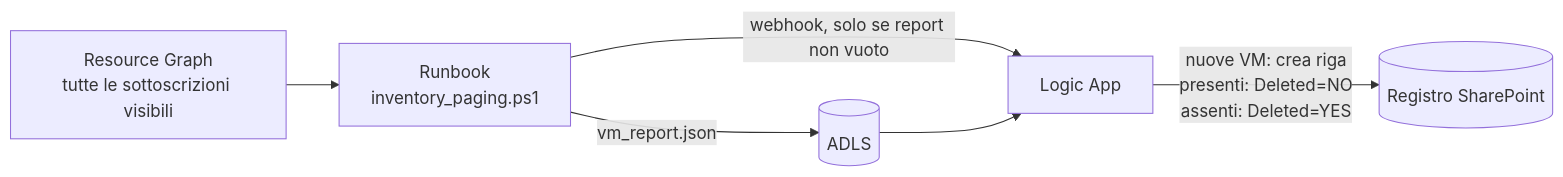
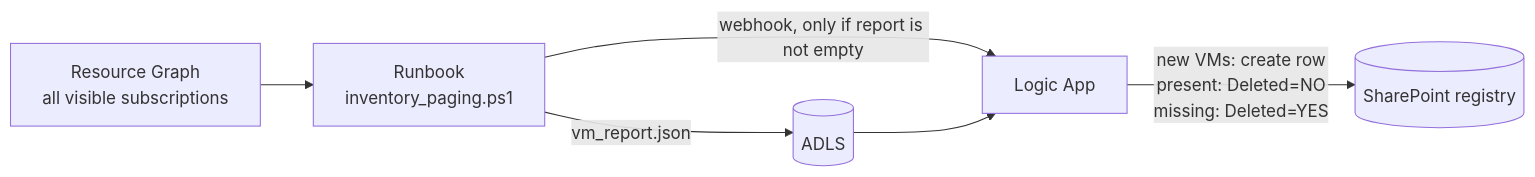
The fourth of 6 diagrams in README.md (HARD-bit/azure-data-platform-case-study), drawn with Mermaid before and after one commit. The commit also changed other lines of this file and 12 other files, not shown here.

Commit message:
docs: translate case study to English, add missing Logic App expressions file

````diff
--- a/README.md
+++ b/README.md
@@ -219,8 +219,8 @@
 ```mermaid
 flowchart LR
-    ARG["Resource Graph<br/>tutte le sottoscrizioni visibili"] --> RB["Runbook<br/>inventory_paging.ps1"]
+    ARG["Resource Graph<br/>all visible subscriptions"] --> RB["Runbook<br/>inventory_paging.ps1"]
     RB -->|"vm_report.json"| ADLS[("ADLS")]
-    RB -->|"webhook, solo se report non vuoto"| LA["Logic App"]
+    RB -->|"webhook, only if report is not empty"| LA["Logic App"]
     ADLS --> LA
-    LA -->|"nuove VM: crea riga<br/>presenti: Deleted=NO<br/>assenti: Deleted=YES"| SP[("Registro SharePoint")]
+    LA -->|"new VMs: create row<br/>present: Deleted=NO<br/>missing: Deleted=YES"| SP[("SharePoint registry")]
 ```
````
